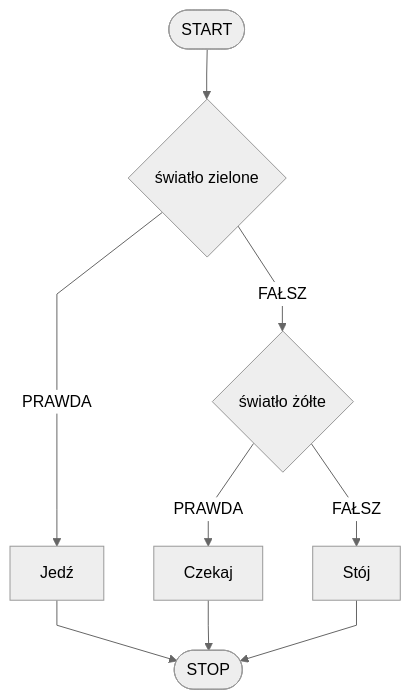
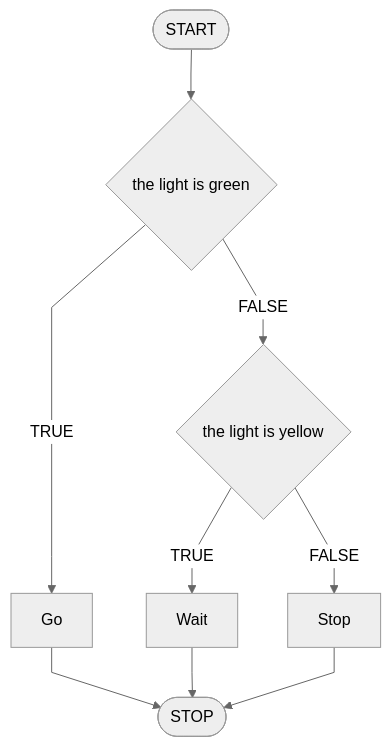
Before and after one commit to blackbat13/edu-cs-htiew-en: the fourth of 6 diagrams in docs/algorithms/introduction/conditionals.md, drawn with Mermaid. The commit also changed other lines of this file and 682 other files, not shown here.

````diff
--- a/docs/algorithms/introduction/conditionals.md
+++ b/docs/algorithms/introduction/conditionals.md
@@ -118,12 +118,12 @@
 ```mermaid
 %%{init: {"flowchart": {"curve": "linear"}, "theme": "neutral"} }%%
 flowchart TD
-    START([START]) --> K1{światło zielone}
-    K1 -- PRAWDA --> K2[Jedź]
-    K1 -- FAŁSZ --> K3{światło żółte}
-    K3 -- PRAWDA --> K4[Czekaj]
-    K3 -- FAŁSZ --> K6[Stój]
+    START([START]) --> K1{the light is green}
+    K1 -- TRUE --> K2[Go]
+    K1 -- FALSE --> K3{the light is yellow}
+    K3 -- TRUE --> K4[Wait]
+    K3 -- FALSE --> K6[Stop]
     K6 --> STOP([STOP])
     K2 --> STOP
     K4 --> STOP
 ```
````
